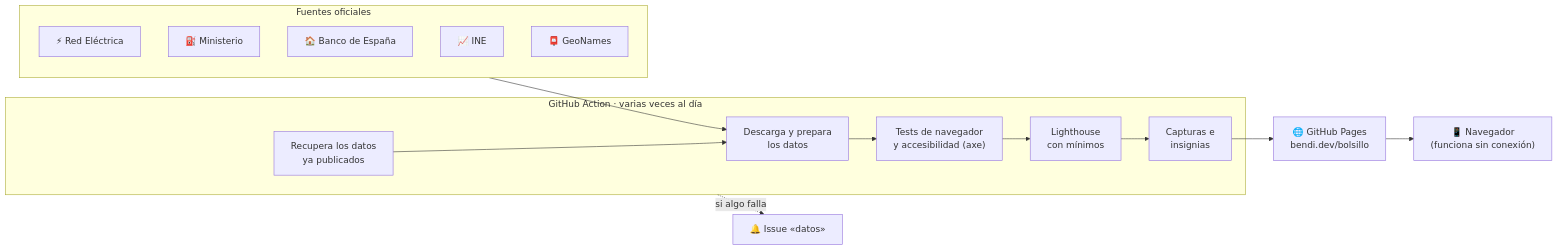
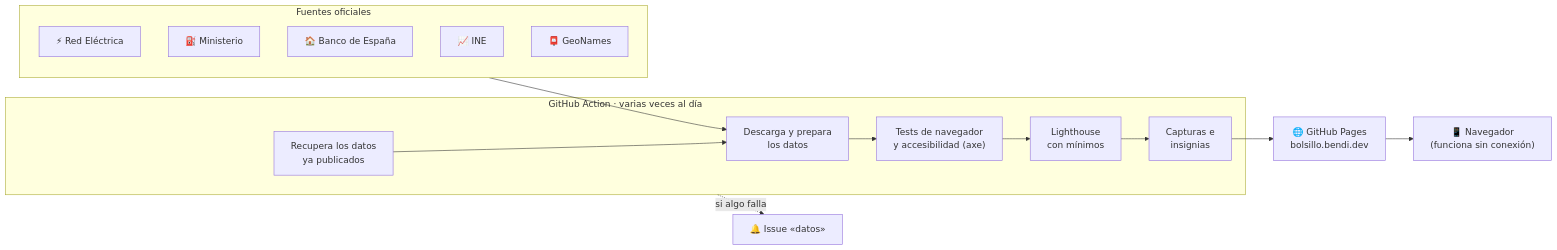
One commit to serbenda/bolsillo changed the diagram in README.md. Above: the diagram before and after it, drawn with Mermaid. The commit also changed other lines of this file and 14 other files, not shown here.

First line of the commit message:
Nueva dirección bolsillo.bendi.dev y la luz ya no salta al cargar

````diff
--- a/README.md
+++ b/README.md
@@ -142,22 +142,22 @@
 ```mermaid
 flowchart LR
     subgraph Fuentes["Fuentes oficiales"]
         REE["⚡ Red Eléctrica"]
         MIN["⛽ Ministerio"]
         BDE["🏠 Banco de España"]
         INE["📈 INE"]
         GEO["📮 GeoNames"]
     end
 
     subgraph Action["GitHub Action · varias veces al día"]
         REC["Recupera los datos<br/>ya publicados"] --> DES["Descarga y prepara<br/>los datos"]
         DES --> E2E["Tests de navegador<br/>y accesibilidad (axe)"]
         E2E --> LH["Lighthouse<br/>con mínimos"]
         LH --> CAP["Capturas e<br/>insignias"]
     end
 
     Fuentes --> DES
-    CAP --> PAGES["🌐 GitHub Pages<br/>bendi.dev/bolsillo"]
+    CAP --> PAGES["🌐 GitHub Pages<br/>bolsillo.bendi.dev"]
     Action -. "si algo falla" .-> ISSUE["🔔 Issue «datos»"]
     PAGES --> MOVIL["📱 Navegador<br/>(funciona sin conexión)"]
 ```
````
